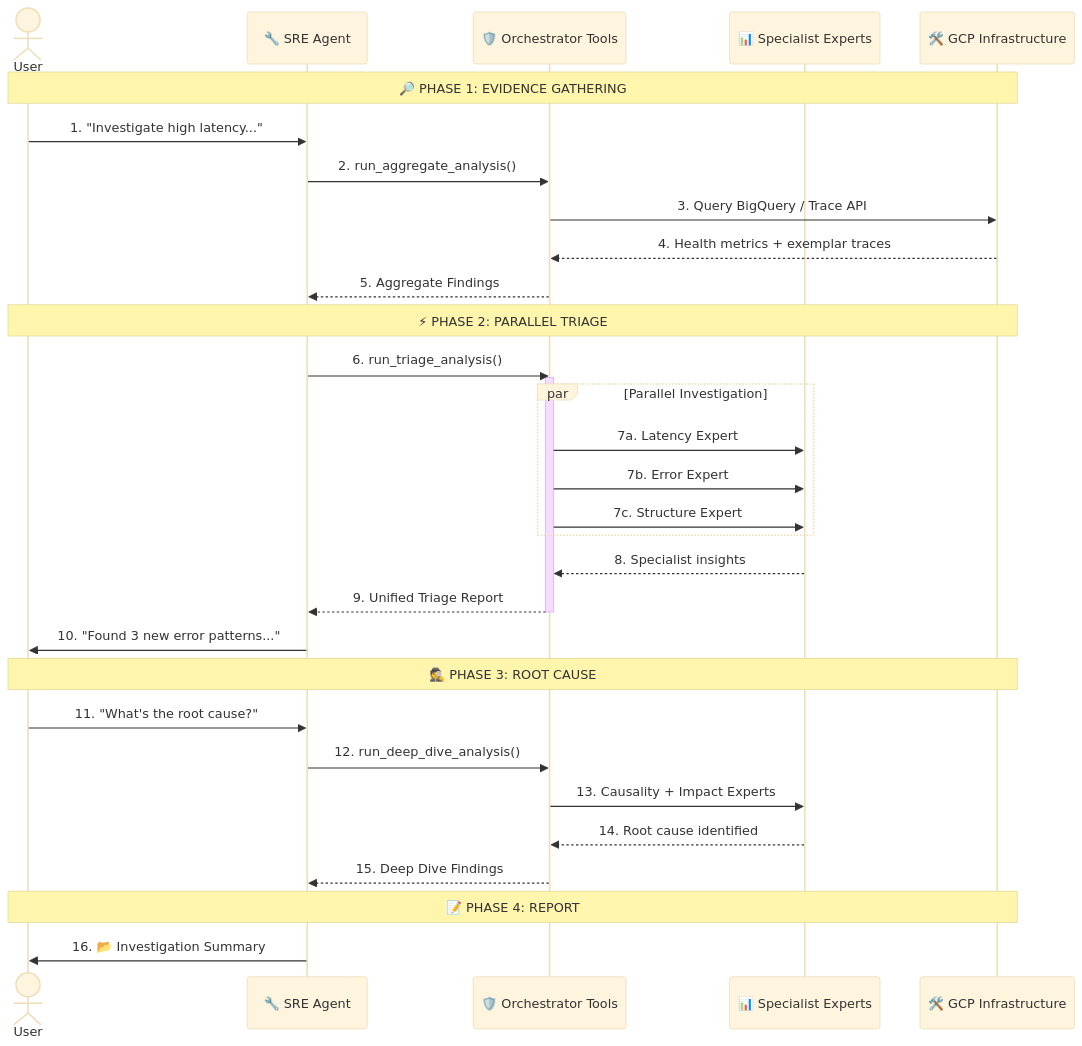
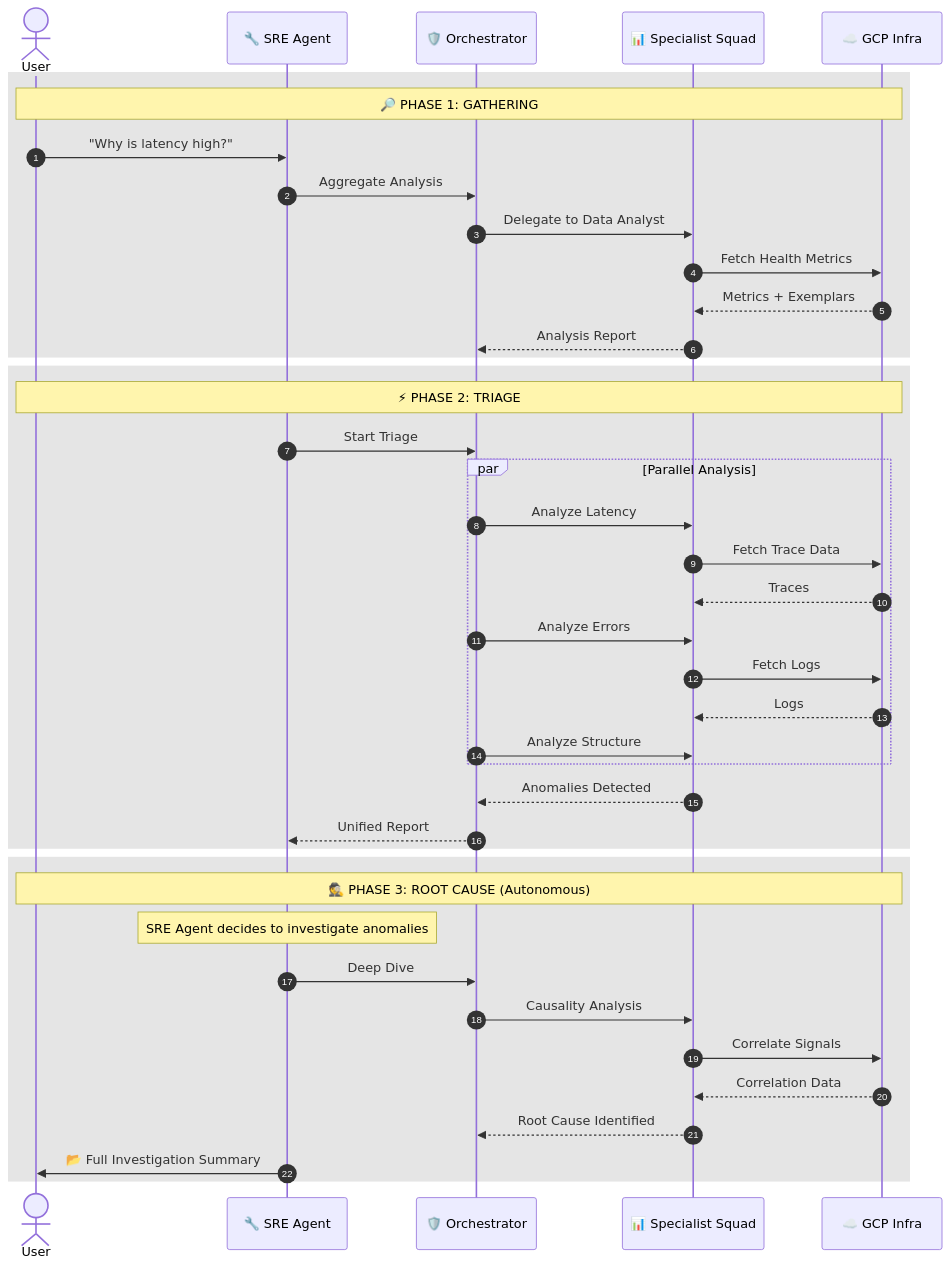
Before and after one commit to srtux/trace_analyzer: the second of 2 diagrams in README.md, drawn with Mermaid. The commit also changed other lines of this file and 2 other files, not shown here.

Commit message:
feat: Add external architecture and workflow diagrams, updating README to display images and hide Mermaid source.

````diff
--- a/README.md
+++ b/README.md
@@ -97,44 +144,46 @@
 ```mermaid
-%%{init: {'theme': 'base', 'themeVariables': {'background': '#ffffff'}}}%%
 sequenceDiagram
+    autonumber
     actor User
     participant SRE as 🔧 SRE Agent
-    participant Orch as 🛡️ Orchestrator Tools
-    participant Expert as 📊 Specialist Experts
-    participant Tools as 🛠️ GCP Infrastructure
+    participant Orch as 🛡️ Orchestrator
+    participant Squad as 📊 Specialist Squad
+    participant Cloud as ☁️ GCP Infra
 
-    Note over User, Tools: 🔎 PHASE 1: EVIDENCE GATHERING
+    rect rgba(0, 0, 0, 0.1)
+        Note over User, Cloud: 🔎 PHASE 1: GATHERING
+        User->>SRE: "Why is latency high?"
+        SRE->>Orch: Aggregate Analysis
+        Orch->>Squad: Delegate to Data Analyst
+        Squad->>Cloud: Fetch Health Metrics
+        Cloud-->>Squad: Metrics + Exemplars
+        Squad-->>Orch: Analysis Report
+    end
 
-    User->>SRE: 1. "Investigate high latency..."
-    SRE->>Orch: 2. run_aggregate_analysis()
-    Orch->>Tools: 3. Query BigQuery / Trace API
-    Tools-->>Orch: 4. Health metrics + exemplar traces
-    Orch-->>SRE: 5. Aggregate Findings
+    rect rgba(0, 0, 0, 0.1)
+        Note over User, Cloud: ⚡ PHASE 2: TRIAGE
+        SRE->>Orch: Start Triage
+        par Parallel Analysis
+            Orch->>Squad: Analyze Latency
+            Squad->>Cloud: Fetch Trace Data
+            Cloud-->>Squad: Traces
+            Orch->>Squad: Analyze Errors
+            Squad->>Cloud: Fetch Logs
+            Cloud-->>Squad: Logs
+            Orch->>Squad: Analyze Structure
+        end
+        Squad-->>Orch: Anomalies Detected
+        Orch-->>SRE: Unified Report
+    end
 
-    Note over User, Tools: ⚡ PHASE 2: PARALLEL TRIAGE
-
-    SRE->>Orch: 6. run_triage_analysis()
-    activate Orch
-    par Parallel Investigation
-        Orch->>Expert: 7a. Latency Expert
-        Orch->>Expert: 7b. Error Expert
-        Orch->>Expert: 7c. Structure Expert
+    rect rgba(0, 0, 0, 0.1)
+        Note over User, Cloud: 🕵️ PHASE 3: ROOT CAUSE (Autonomous)
+        Note over SRE: SRE Agent decides to investigate anomalies
+        SRE->>Orch: Deep Dive
+        Orch->>Squad: Causality Analysis
+        Squad->>Cloud: Correlate Signals
+        Cloud-->>Squad: Correlation Data
+        Squad-->>Orch: Root Cause Identified
+        SRE->>User: 📂 Full Investigation Summary
     end
-    Expert-->>Orch: 8. Specialist insights
-    Orch-->>SRE: 9. Unified Triage Report
-    deactivate Orch
-
-    SRE->>User: 10. "Found 3 new error patterns..."
-
-    Note over User, Tools: 🕵️ PHASE 3: ROOT CAUSE
-
-    User->>SRE: 11. "What's the root cause?"
-    SRE->>Orch: 12. run_deep_dive_analysis()
-    Orch->>Expert: 13. Causality + Impact Experts
-    Expert-->>Orch: 14. Root cause identified
-    Orch-->>SRE: 15. Deep Dive Findings
-
-    Note over User, Tools: 📝 PHASE 4: REPORT
-
-    SRE->>User: 16. 📂 Investigation Summary
 ```
````
